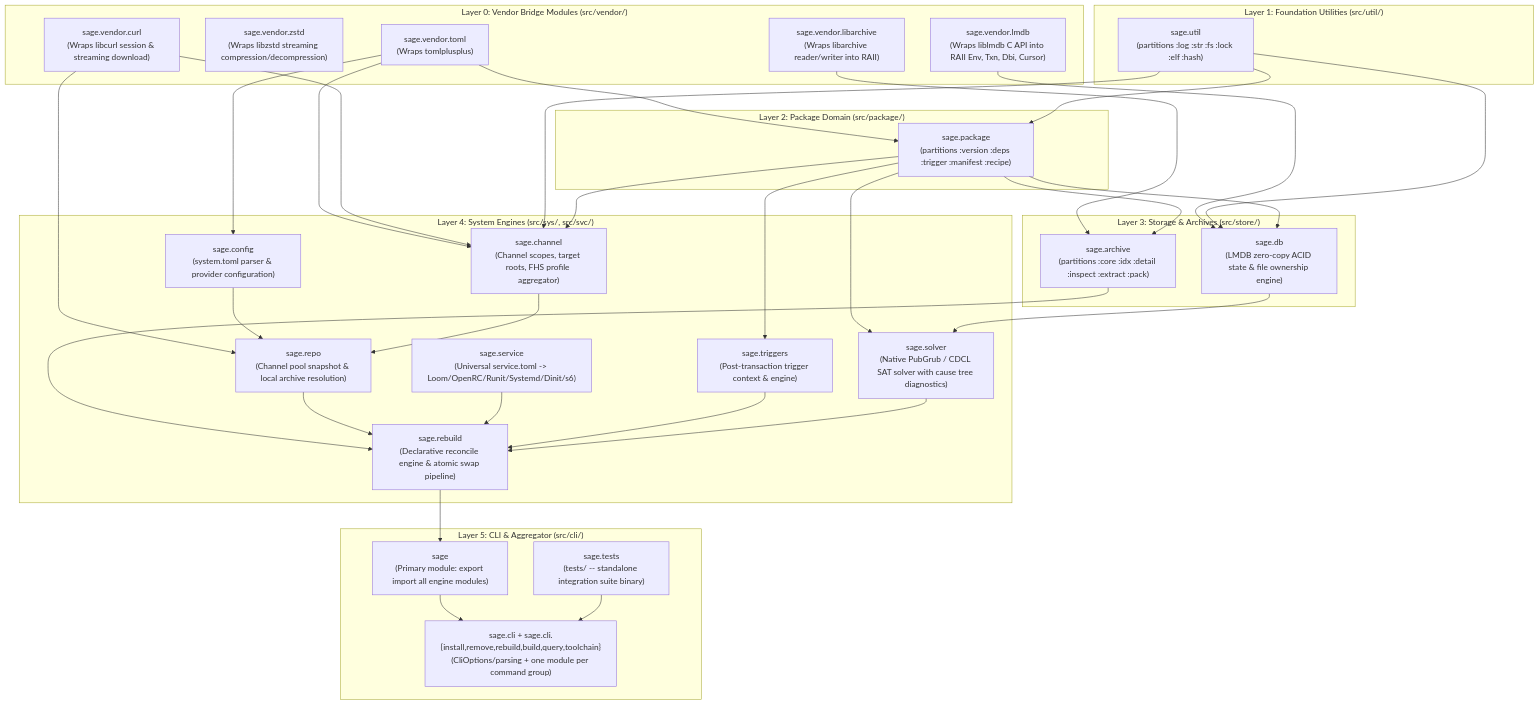
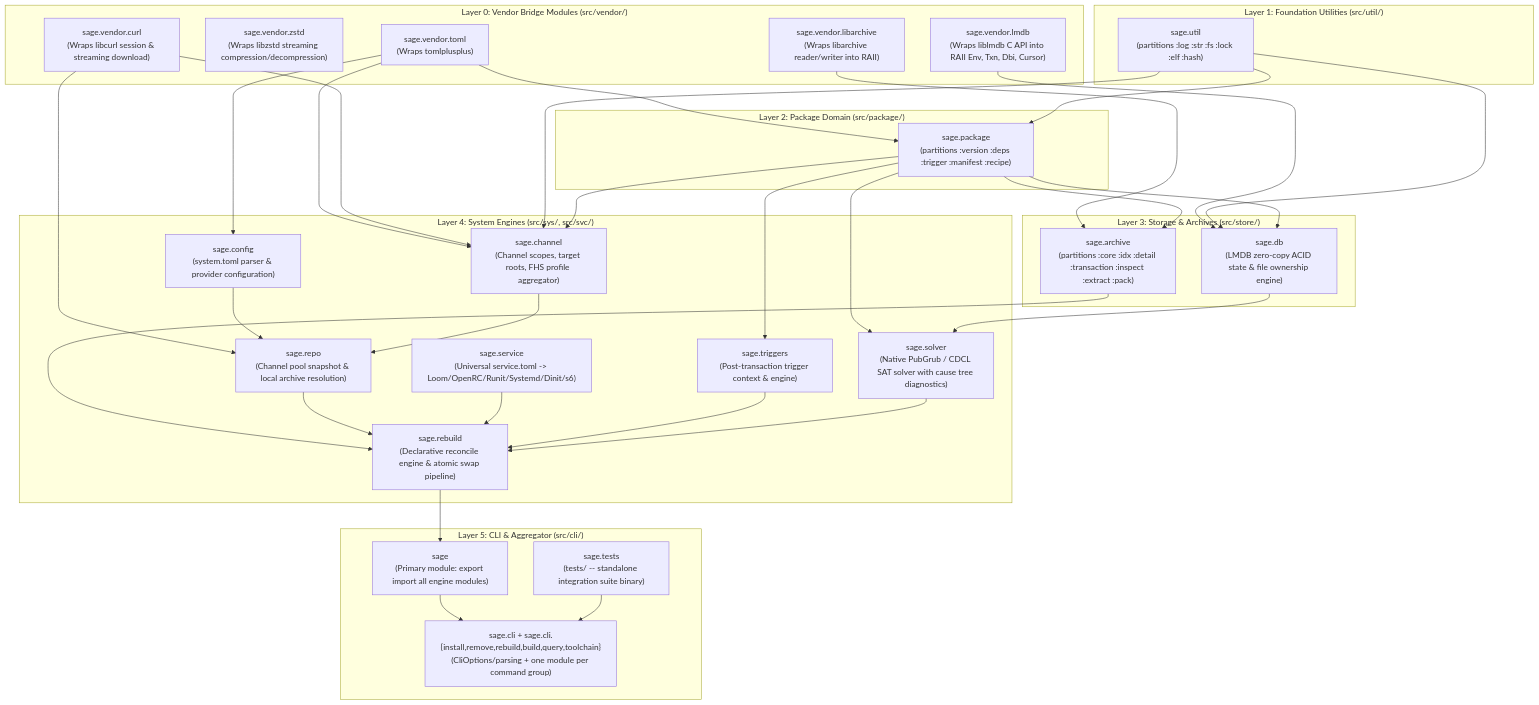
The diagram in docs/MODULES.md (sclinuxdev/sage), drawn with Mermaid before and after one commit. The commit also changed other lines of this file and 21 other files, not shown here.

````diff
--- a/docs/MODULES.md
+++ b/docs/MODULES.md
@@ -9,66 +9,66 @@
 ```mermaid
 graph TD
     subgraph Layer0["Layer 0: Vendor Bridge Modules (src/vendor/)"]
         LMDB["sage.vendor.lmdb<br/>(Wraps liblmdb C API into RAII Env, Txn, Dbi, Cursor)"]
         ZSTD["sage.vendor.zstd<br/>(Wraps libzstd streaming compression/decompression)"]
         TOML["sage.vendor.toml<br/>(Wraps tomlplusplus)"]
         CURL["sage.vendor.curl<br/>(Wraps libcurl session & streaming download)"]
         LIBARCHIVE["sage.vendor.libarchive<br/>(Wraps libarchive reader/writer into RAII)"]
     end
 
     subgraph Layer1["Layer 1: Foundation Utilities (src/util/)"]
         UTIL["sage.util<br/>(partitions :log :str :fs :lock :elf :hash)"]
     end
 
     subgraph Layer2["Layer 2: Package Domain (src/package/)"]
         PKG["sage.package<br/>(partitions :version :deps :trigger :manifest :recipe)"]
     end
 
     subgraph Layer3["Layer 3: Storage & Archives (src/store/)"]
         DB["sage.db<br/>(LMDB zero-copy ACID state & file ownership engine)"]
-        ARCH["sage.archive<br/>(partitions :core :idx :detail :inspect :extract :pack)"]
+        ARCH["sage.archive<br/>(partitions :core :idx :detail :transaction :inspect :extract :pack)"]
     end
 
     subgraph Layer4["Layer 4: System Engines (src/sys/, src/svc/)"]
         CONFIG["sage.config<br/>(system.toml parser & provider configuration)"]
         CHAN["sage.channel<br/>(Channel scopes, target roots, FHS profile aggregator)"]
         SVC["sage.service<br/>(Universal service.toml -> Loom/OpenRC/Runit/Systemd/Dinit/s6)"]
         REPO["sage.repo<br/>(Channel pool snapshot & local archive resolution)"]
         SOLVER["sage.solver<br/>(Native PubGrub / CDCL SAT solver with cause tree diagnostics)"]
         TRIGGERS["sage.triggers<br/>(Post-transaction trigger context & engine)"]
         REBUILD["sage.rebuild<br/>(Declarative reconcile engine & atomic swap pipeline)"]
     end
 
     subgraph Layer5["Layer 5: CLI & Aggregator (src/cli/)"]
         ROOT["sage<br/>(Primary module: export import all engine modules)"]
         CLI["sage.cli + sage.cli.{install,remove,rebuild,build,query,toolchain}<br/>(CliOptions/parsing + one module per command group)"]
         TESTS["sage.tests<br/>(tests/ -- standalone integration suite binary)"]
     end
 
     LMDB --> DB
     LIBARCHIVE --> ARCH
     TOML --> CONFIG
     TOML --> PKG
     TOML --> CHAN
     CURL --> CHAN
     CURL --> REPO
     UTIL --> PKG
     UTIL --> DB
     UTIL --> CHAN
     PKG --> DB
     PKG --> CHAN
     PKG --> ARCH
     PKG --> SOLVER
     PKG --> TRIGGERS
     CONFIG --> REPO
     CHAN --> REPO
     ARCH --> REBUILD
     DB --> SOLVER
     REPO --> REBUILD
     SVC --> REBUILD
     TRIGGERS --> REBUILD
     SOLVER --> REBUILD
     REBUILD --> ROOT
     ROOT --> CLI
     TESTS --> CLI
 ```
````
